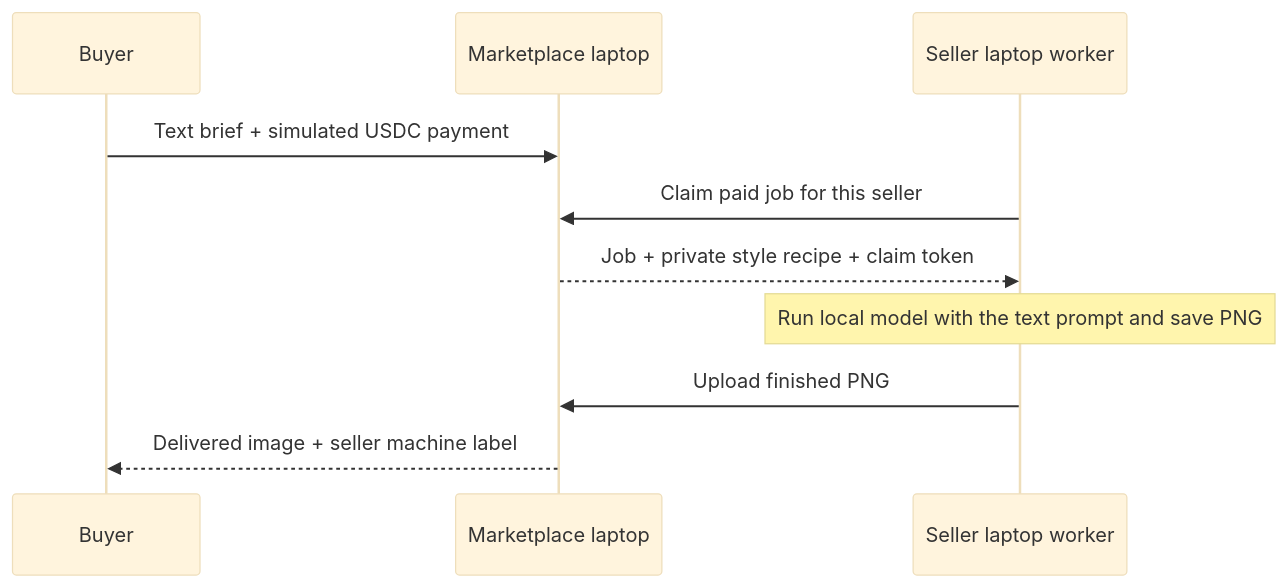
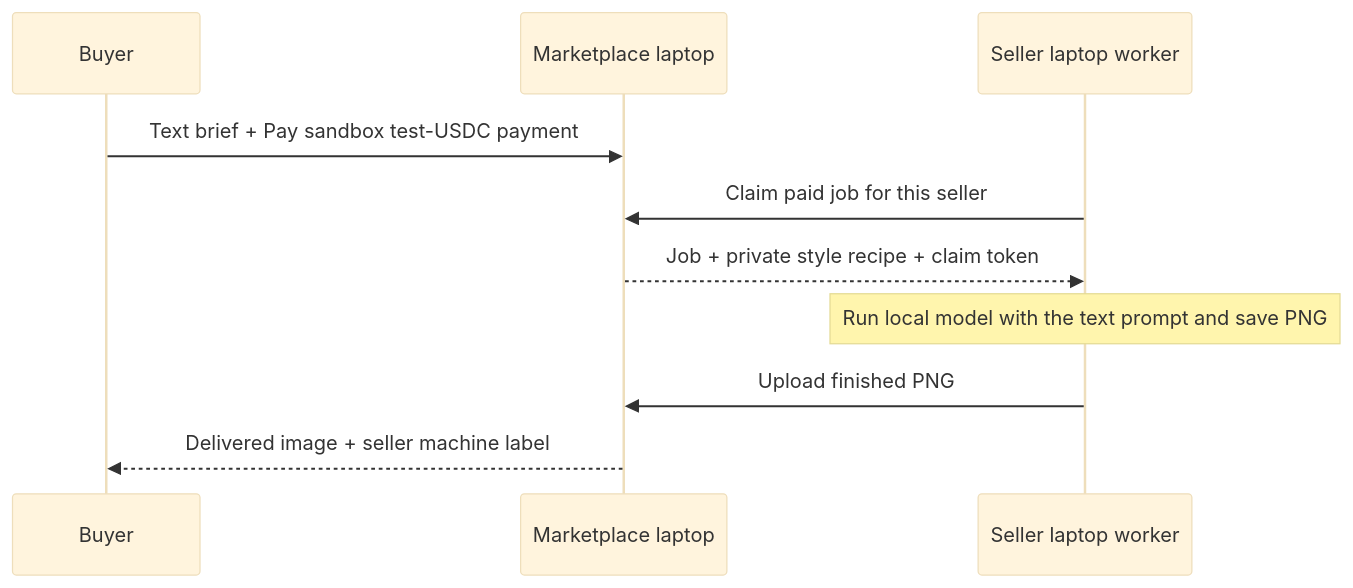
Before and after one commit to eminaz/MediaMarket: the second of 2 diagrams in README.md, drawn with Mermaid (base theme). The commit also changed other lines of this file and 25 other files, not shown here.

Commit message:
Integrate real pay.sh sandbox checkout for marketplace orders

````diff
--- a/README.md
+++ b/README.md
@@ -184,12 +186,12 @@
 ```mermaid
 sequenceDiagram
     participant Buyer
     participant Market as Marketplace laptop
     participant Seller as Seller laptop worker
-    Buyer->>Market: Text brief + simulated USDC payment
+    Buyer->>Market: Text brief + Pay sandbox test-USDC payment
     Seller->>Market: Claim paid job for this seller
     Market-->>Seller: Job + private style recipe + claim token
     Note over Seller: Run local model with the text prompt and save PNG
     Seller->>Market: Upload finished PNG
     Market-->>Buyer: Delivered image + seller machine label
 ```
````
